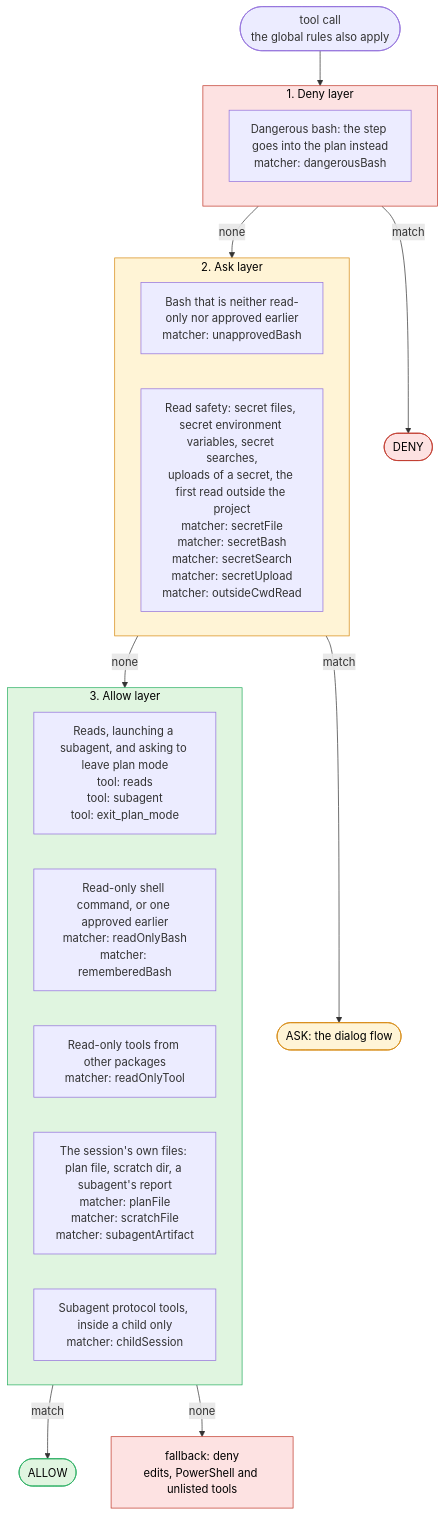
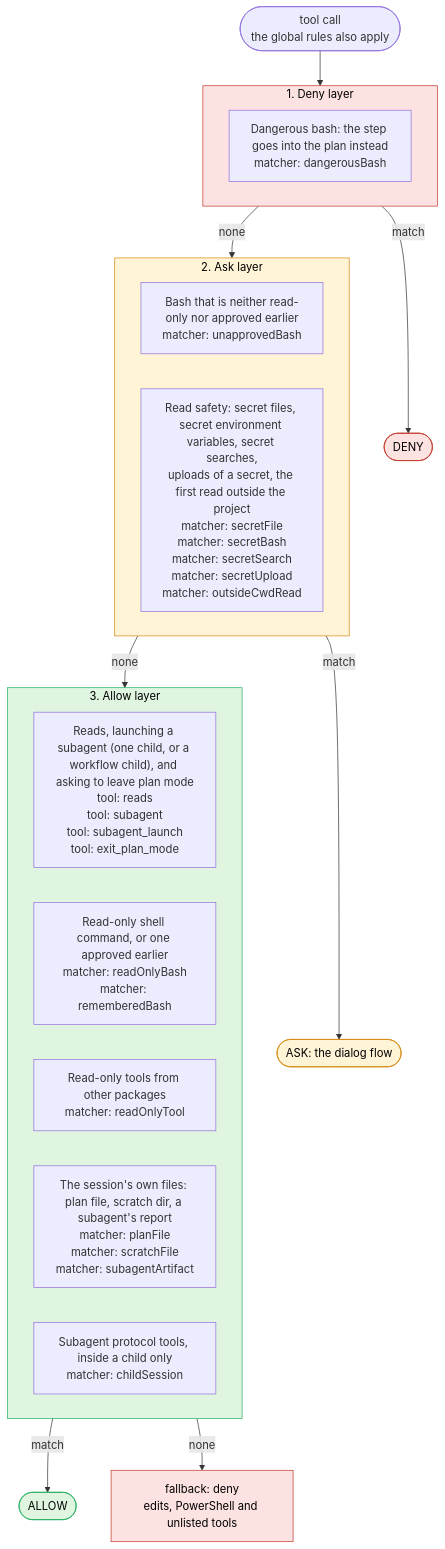
The fifth of 5 diagrams in pi-keeper/docs/design.md (DanielBlei/pi-packages), drawn with Mermaid before and after one commit. The commit also changed other lines of this file and 20 other files, not shown here.

````diff
--- a/pi-keeper/docs/design.md
+++ b/pi-keeper/docs/design.md
@@ -251,31 +251,31 @@
 ```mermaid
 %% chart: plan
 flowchart TD
     p_call(["tool call<br/>the global rules also apply"]) --> p_deny
     subgraph p_deny["1. Deny layer"]
         p_deny_danger["Dangerous bash: the step goes into the plan instead<br/>matcher: dangerousBash"]
     end
     p_deny -- match --> p_r_deny(["DENY"])
     p_deny -- none --> p_ask
     subgraph p_ask["2. Ask layer"]
         p_ask_bash["Bash that is neither read-only nor approved earlier<br/>matcher: unapprovedBash"]
         p_ask_read["Read safety: secret files, secret environment variables, secret searches,<br/>uploads of a secret, the first read outside the project<br/>matcher: secretFile<br/>matcher: secretBash<br/>matcher: secretSearch<br/>matcher: secretUpload<br/>matcher: outsideCwdRead"]
     end
     p_ask -- match --> p_r_ask(["ASK: the dialog flow"])
     p_ask -- none --> p_allow
     subgraph p_allow["3. Allow layer"]
-        p_allow_reads["Reads, launching a subagent, and asking to leave plan mode<br/>tool: reads<br/>tool: subagent<br/>tool: exit_plan_mode"]
+        p_allow_reads["Reads, launching a subagent (one child, or a workflow child), and asking to leave plan mode<br/>tool: reads<br/>tool: subagent<br/>tool: subagent_launch<br/>tool: exit_plan_mode"]
         p_allow_ro["Read-only shell command, or one approved earlier<br/>matcher: readOnlyBash<br/>matcher: rememberedBash"]
         p_allow_tool["Read-only tools from other packages<br/>matcher: readOnlyTool"]
         p_allow_files["The session's own files: plan file, scratch dir, a subagent's report<br/>matcher: planFile<br/>matcher: scratchFile<br/>matcher: subagentArtifact"]
         p_allow_child["Subagent protocol tools, inside a child only<br/>matcher: childSession"]
     end
     p_allow -- match --> p_r_allow(["ALLOW"])
     p_allow -- none --> p_fb["fallback: deny<br/>edits, PowerShell and unlisted tools"]
     classDef denyC fill:#fde2e2,stroke:#c0392b,color:#000
     classDef askC fill:#fff4d6,stroke:#d68910,color:#000
     classDef allowC fill:#e0f5e0,stroke:#27ae60,color:#000
     class p_deny,p_r_deny,p_fb denyC
     class p_ask,p_r_ask askC
     class p_allow,p_r_allow allowC
 ```
````
